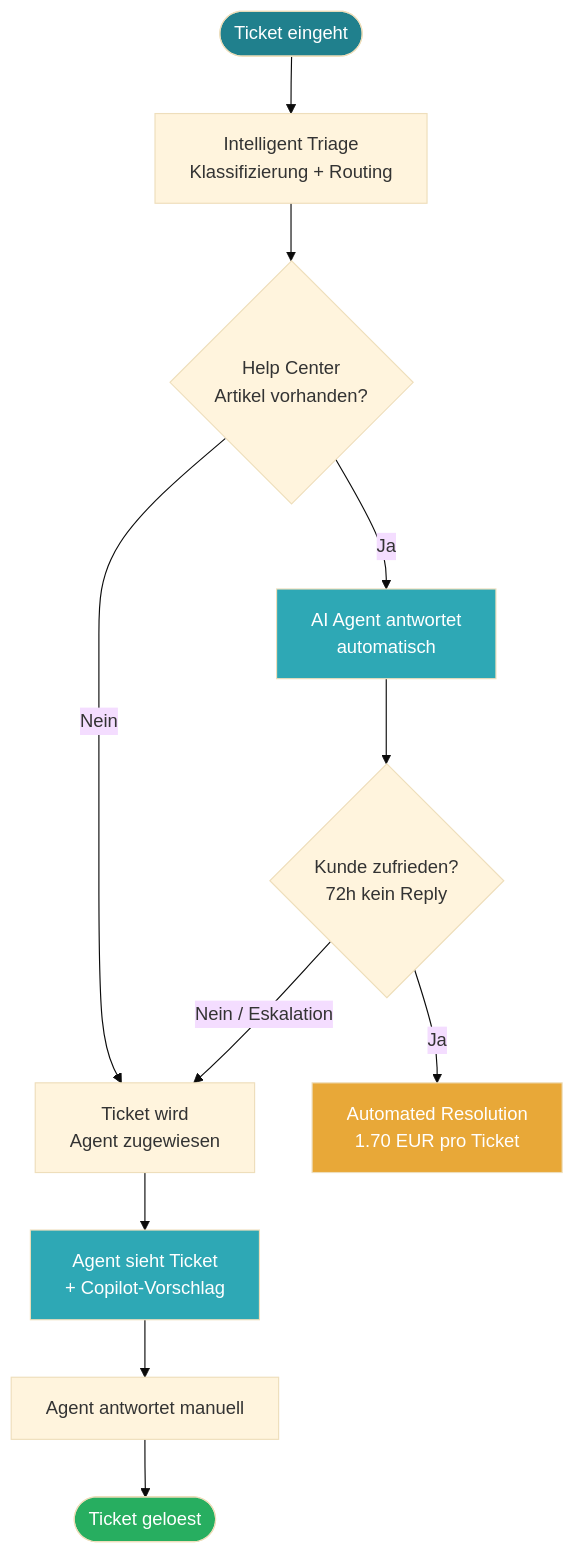
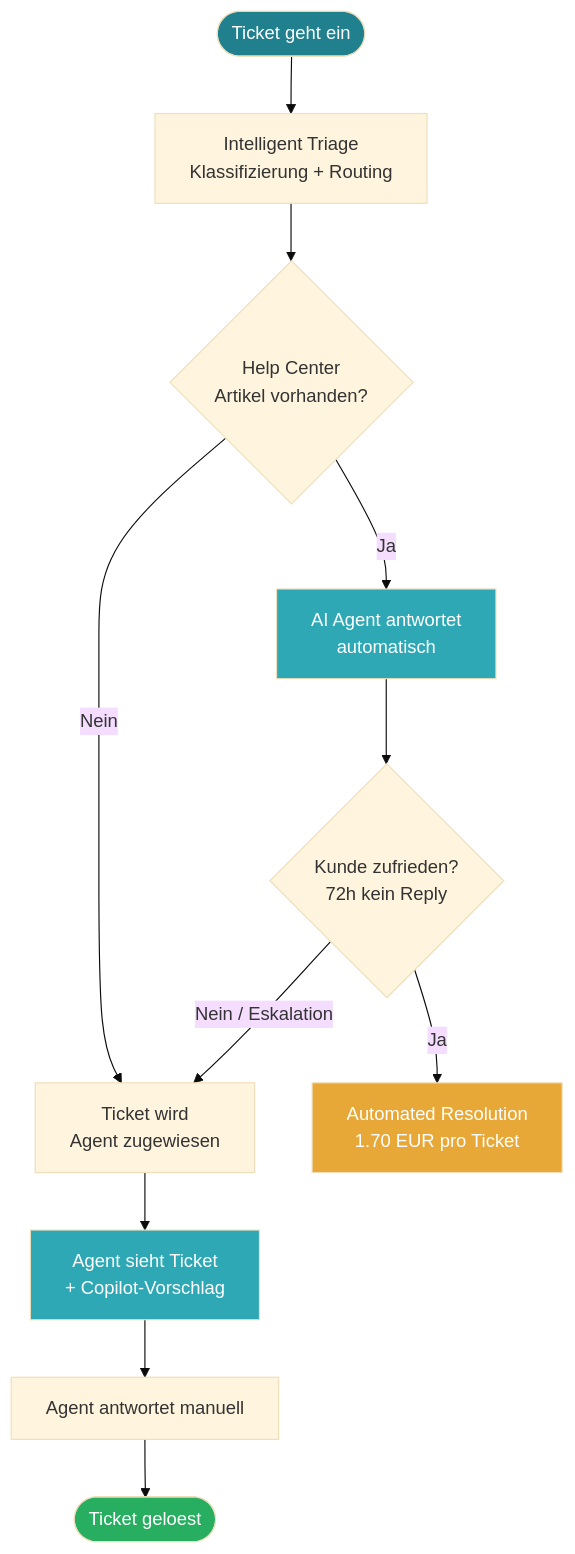
The first of 14 diagrams in readme.md (tekknix/zendesk-ai), drawn with Mermaid (base theme) before and after one commit. The commit also changed other lines of this file, not shown here.

````diff
--- a/readme.md
+++ b/readme.md
@@ -12,19 +12,19 @@
 ```mermaid
 flowchart TD
-    A([Ticket eingeht]) --> B[Intelligent Triage<br>Klassifizierung + Routing]
+    A([Ticket geht ein]) --> B[Intelligent Triage<br>Klassifizierung + Routing]
     B --> C{Help Center<br>Artikel vorhanden?}
     C -->|Ja| D[AI Agent antwortet<br>automatisch]
     C -->|Nein| E[Ticket wird<br>Agent zugewiesen]
     D --> F{Kunde zufrieden?<br>72h kein Reply}
     F -->|Ja| G[Automated Resolution<br>1.70 EUR pro Ticket]
     F -->|Nein / Eskalation| E
     E --> H[Agent sieht Ticket<br>+ Copilot-Vorschlag]
     H --> I[Agent antwortet manuell]
     I --> J([Ticket geloest])
 
     style A fill:#20808D,color:#fff
     style G fill:#E8A838,color:#fff
     style J fill:#27AE60,color:#fff
     style D fill:#2EA8B5,color:#fff
     style H fill:#2EA8B5,color:#fff
 ```
````
